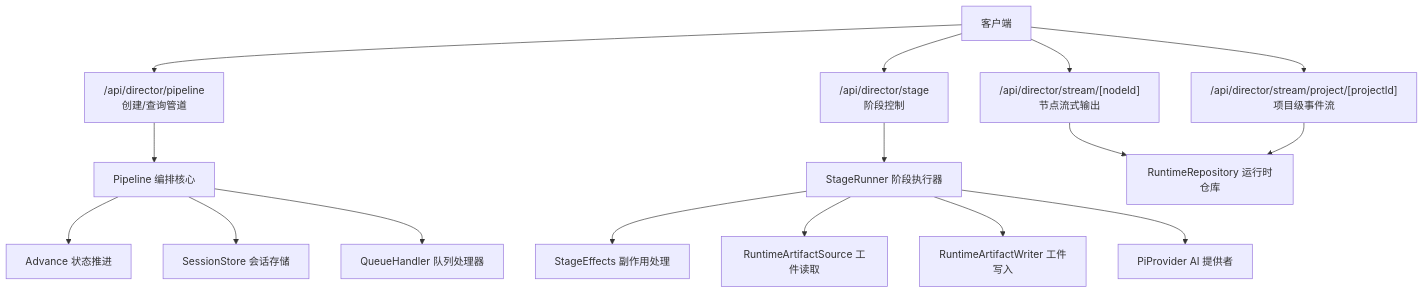
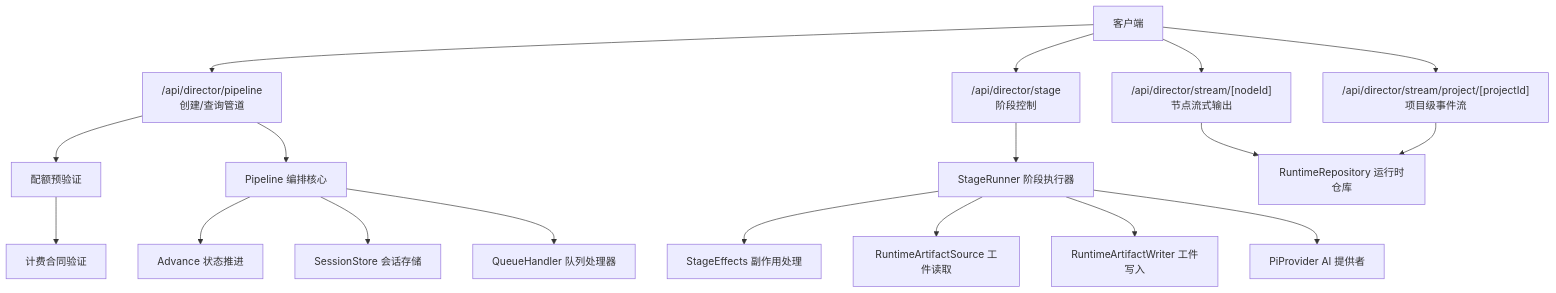
One commit to scottcwy/PurpleInk changed the first of 11 diagrams in .qoder/repowiki/zh/content/API参考/导演系统API/管道编排API.md. Above: the diagram before and after it, drawn with Mermaid. The commit also changed other lines of this file and 48 other files, not shown here.

````diff
--- a/.qoder/repowiki/zh/content/API参考/导演系统API/管道编排API.md
+++ b/.qoder/repowiki/zh/content/API参考/导演系统API/管道编排API.md
@@ -57,18 +65,20 @@
 ```mermaid
 graph TB
 Client["客户端"] --> API_Pipeline["/api/director/pipeline<br/>创建/查询管道"]
 Client --> API_Stage["/api/director/stage<br/>阶段控制"]
 Client --> API_StreamNode["/api/director/stream/[nodeId]<br/>节点流式输出"]
 Client --> API_StreamProject["/api/director/stream/project/[projectId]<br/>项目级事件流"]
+API_Pipeline --> QuotaCheck["配额预验证"]
 API_Pipeline --> PipelineCore["Pipeline 编排核心"]
 API_Stage --> StageRunner["StageRunner 阶段执行器"]
 API_StreamNode --> RuntimeRepo["RuntimeRepository 运行时仓库"]
 API_StreamProject --> RuntimeRepo
 PipelineCore --> Advance["Advance 状态推进"]
 PipelineCore --> SessionStore["SessionStore 会话存储"]
 PipelineCore --> QueueHandler["QueueHandler 队列处理器"]
 StageRunner --> Effects["StageEffects 副作用处理"]
 StageRunner --> ArtifactSource["RuntimeArtifactSource 工件读取"]
 StageRunner --> ArtifactWriter["RuntimeArtifactWriter 工件写入"]
 StageRunner --> PiProvider["PiProvider AI 提供者"]
+QuotaCheck --> BillingContract["计费合同验证"]
 ```
````
